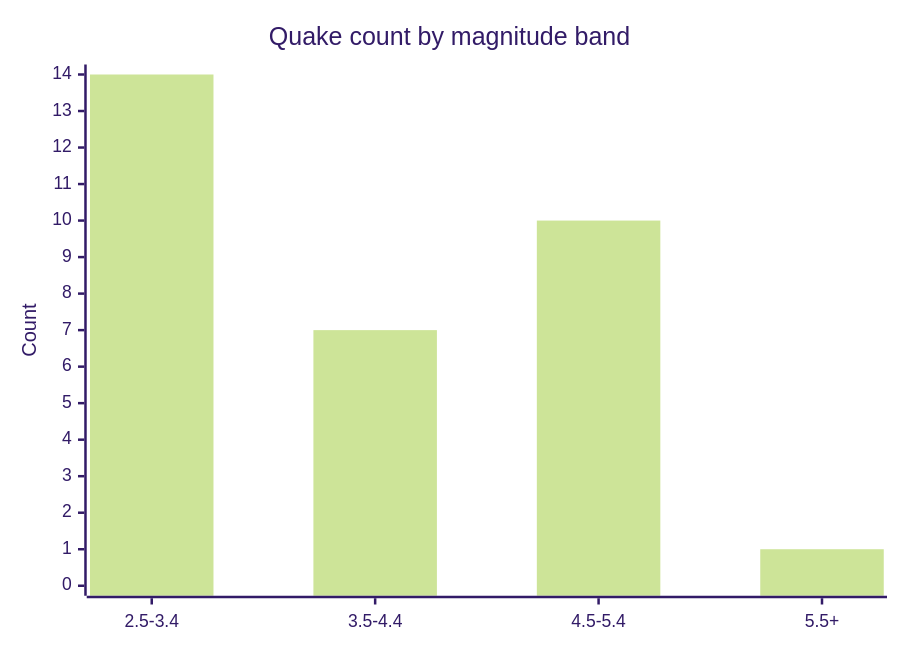
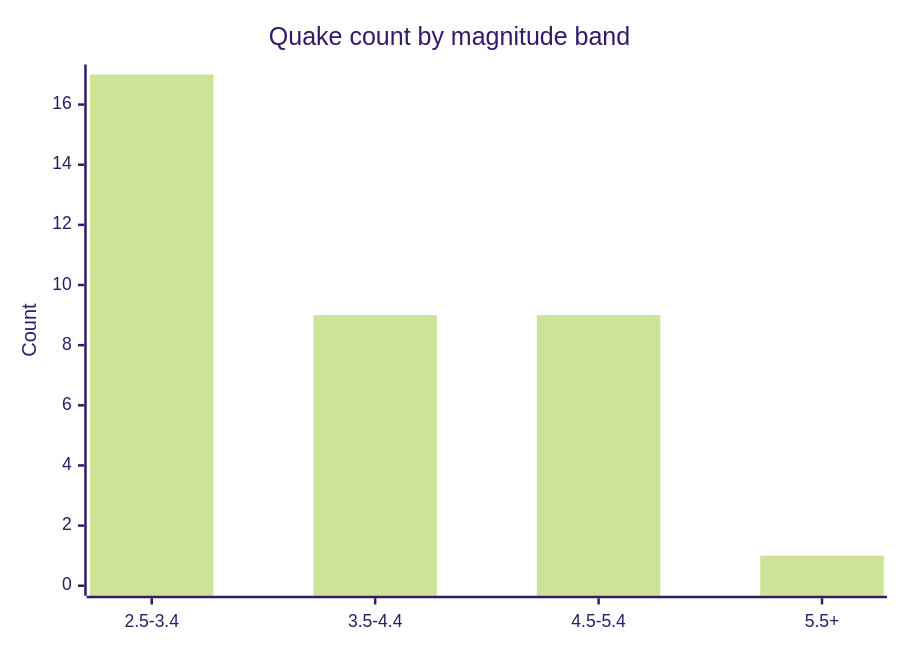
One commit to Midwest-Stratospheric/aerostratospheric-defense-gir changed the fifth of 6 diagrams in docs/GRAPHS.md. Above: the diagram before and after it, drawn with Mermaid (forest theme). The commit also changed other lines of this file and 23 other files, not shown here.

````diff
--- a/docs/GRAPHS.md
+++ b/docs/GRAPHS.md
@@ -82,7 +82,7 @@
 ```mermaid
 xychart-beta
   title "Quake count by magnitude band"
   x-axis ["2.5-3.4", "3.5-4.4", "4.5-5.4", "5.5+"]
-  y-axis "Count" 0 --> 14
-  bar [14, 7, 10, 1]
+  y-axis "Count" 0 --> 17
+  bar [17, 9, 9, 1]
 ```
````
